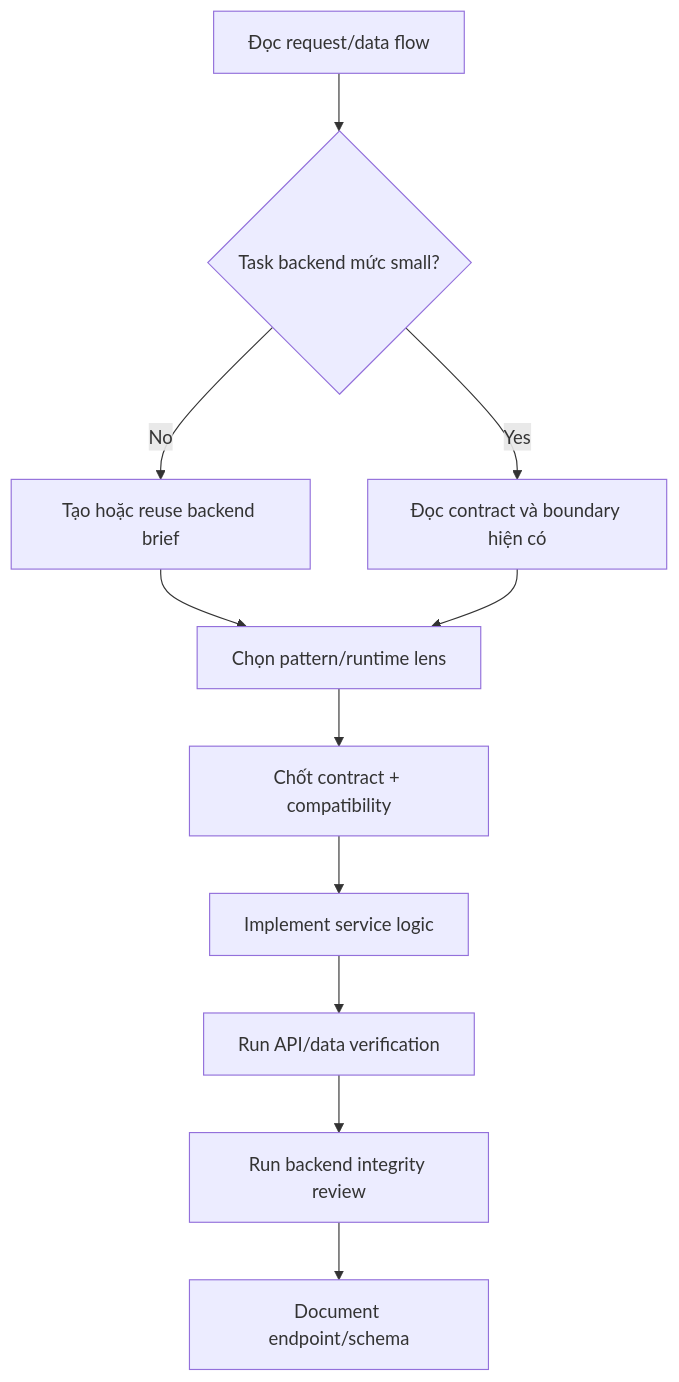
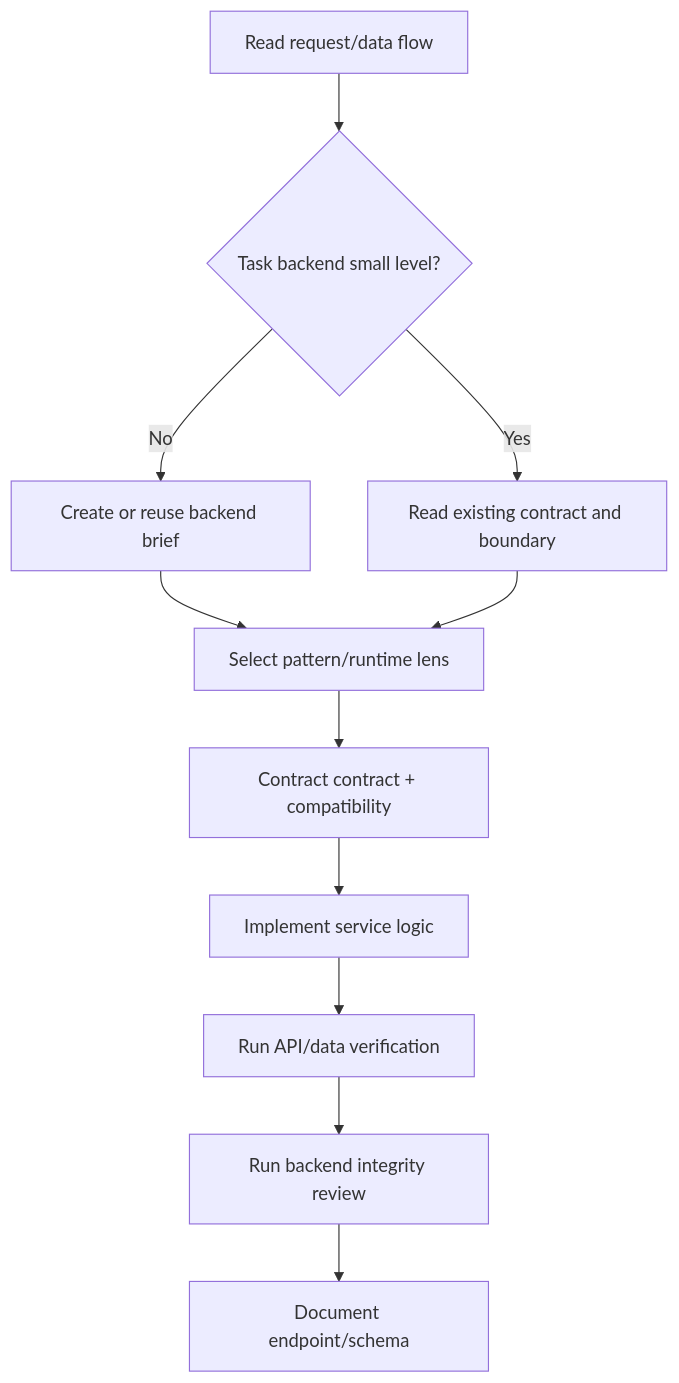
Before and after one commit to nguyenphat57/forge: the diagram in packages/forge-core/domains/backend.md, drawn with Mermaid. The commit also changed other lines of this file and 82 other files, not shown here.

````diff
--- a/packages/forge-core/domains/backend.md
+++ b/packages/forge-core/domains/backend.md
@@ -49,13 +49,13 @@
 ```mermaid
 flowchart TD
-    A[Đọc request/data flow] --> B{Task backend mức small?}
-    B -->|No| C[Tạo hoặc reuse backend brief]
-    B -->|Yes| D[Đọc contract và boundary hiện có]
-    C --> E[Chọn pattern/runtime lens]
+    A[Read request/data flow] --> B{Task backend small level?}
+    B -->|No| C[Create or reuse backend brief]
+    B -->|Yes| D[Read existing contract and boundary]
+    C --> E[Select pattern/runtime lens]
     D --> E
-    E --> F[Chốt contract + compatibility]
+    E --> F[Contract contract + compatibility]
     F --> G[Implement service logic]
     G --> H[Run API/data verification]
     H --> I[Run backend integrity review]
     I --> J[Document endpoint/schema]
 ```
````
